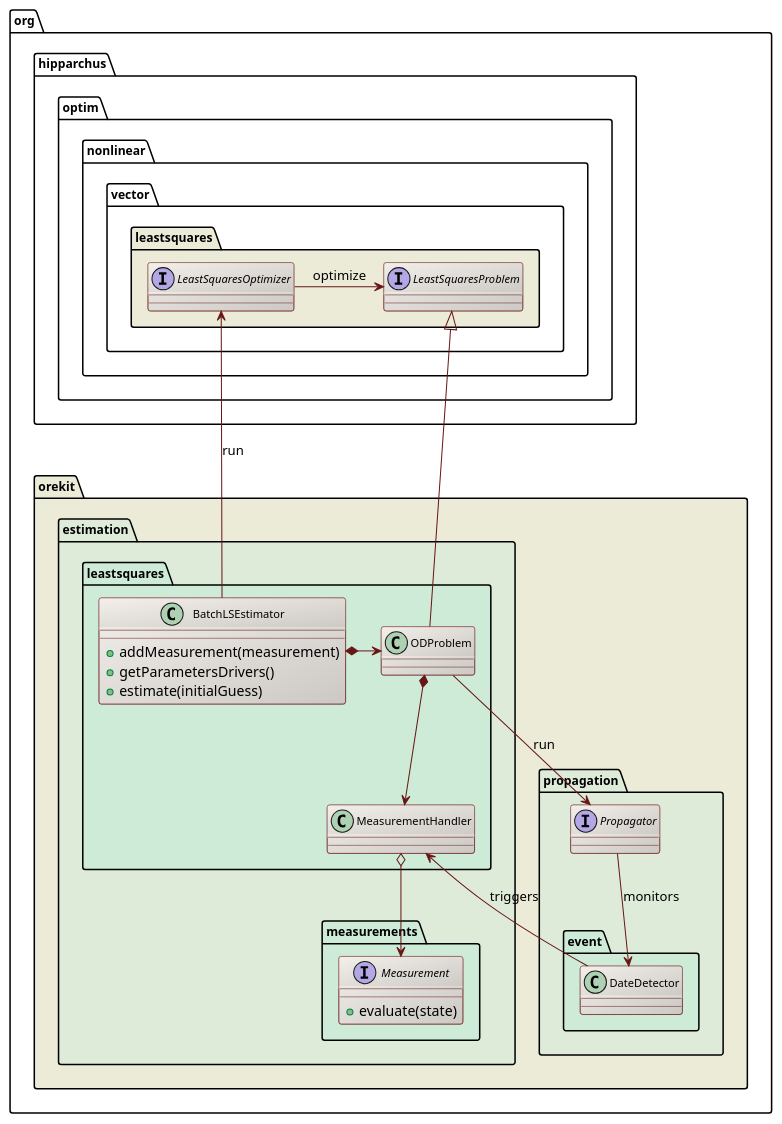
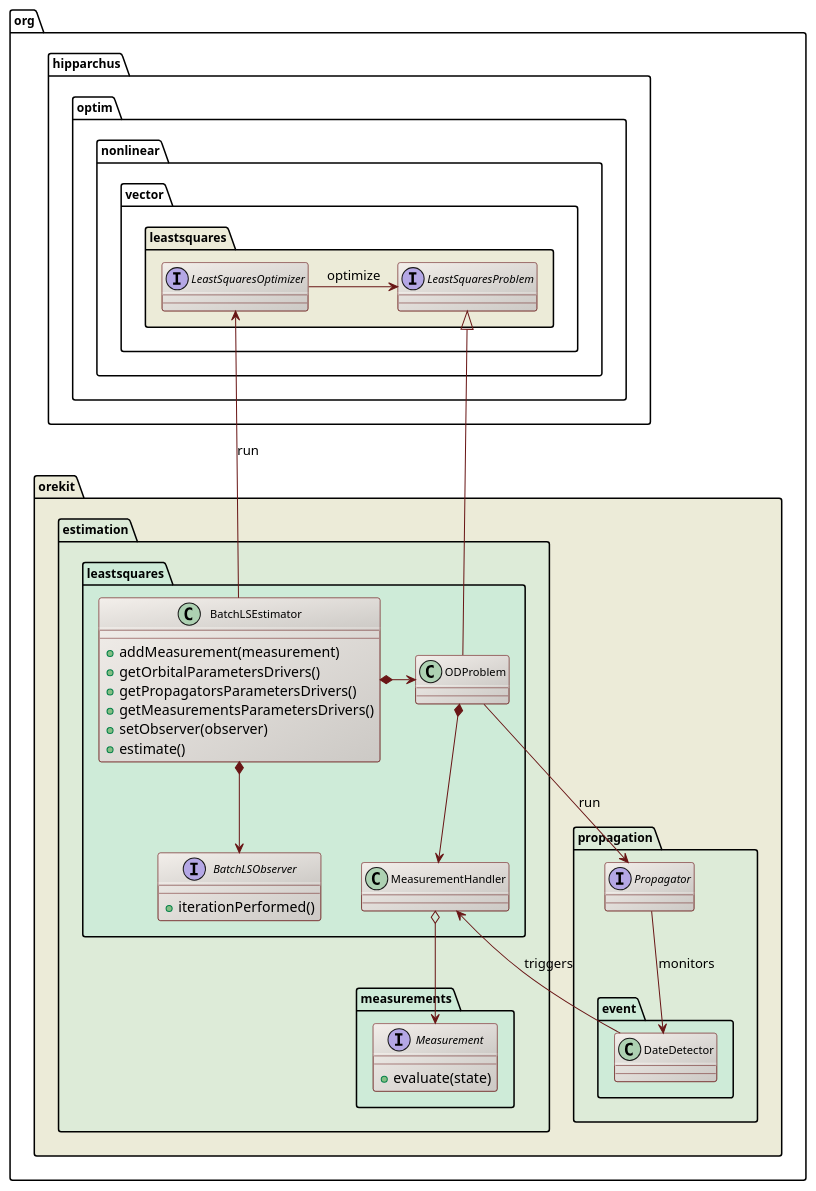
One commit to CS-SI/Orekit changed the diagram in src/design/orbit-determination-overview-class-diagram.puml. Above: the diagram before and after it, drawn with PlantUML. The commit also changed 10 other files, not shown here.

Commit message:
Changed initial value -> reference value in parameters drivers.

```diff
--- a/src/design/orbit-determination-overview-class-diagram.puml
+++ b/src/design/orbit-determination-overview-class-diagram.puml
@@ -17,61 +17,70 @@
 @startuml
 
   skinparam svek                  true
   skinparam ClassBackgroundColor  #F3EFEB/CCC9C5
   skinparam ClassArrowColor       #691616
   skinparam ClassBorderColor      #691616
   skinparam NoteBackgroundColor   #F3EFEB
   skinparam NoteBorderColor       #691616
   skinparam NoteFontColor         #691616
   skinparam ClassFontSize         11
   skinparam PackageFontSize       12
 
   package org.hipparchus.optim.nonlinear.vector.leastsquares #ECEBD8 {
 
           interface LeastSquaresOptimizer
           interface LeastSquaresProblem
           LeastSquaresOptimizer -right-> LeastSquaresProblem  : optimize
 
   }
 
   package org.orekit #ECEBD8 {
 
     package propagation #DDEBD8 {
         interface Propagator
         package event #CEEBD8 {
             Propagator --> DateDetector : monitors
         }
     }
 
     package estimation #DDEBD8 {
 
         package leastsquares #CEEBD8 {
 
            class BatchLSEstimator {
               +addMeasurement(measurement)
-              +getParametersDrivers()
-              +estimate(initialGuess)
+              +getOrbitalParametersDrivers()
+              +getPropagatorsParametersDrivers()
+              +getMeasurementsParametersDrivers()
+              +setObserver(observer)
+              +estimate()
            }
+
+           interface BatchLSObserver {
+               +iterationPerformed()
+           }
+
            class ODProblem
            class MeasurementHandler
 
             ODProblem *--> MeasurementHandler
             ODProblem --> Propagator : run
             MeasurementHandler <-- DateDetector : triggers
 
           BatchLSEstimator *-right-> ODProblem
           LeastSquaresProblem <|-- ODProblem
           LeastSquaresOptimizer  <-- BatchLSEstimator : run
+          BatchLSEstimator *--> BatchLSObserver
         }
 
         package measurements #CEEBD8 {
             interface Measurement {
               +evaluate(state)
             }
             MeasurementHandler o--> Measurement
         }
     }
 
   }
 
 @enduml
```
